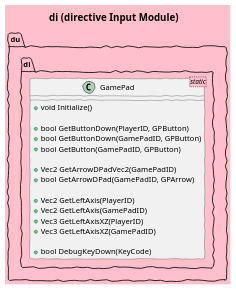
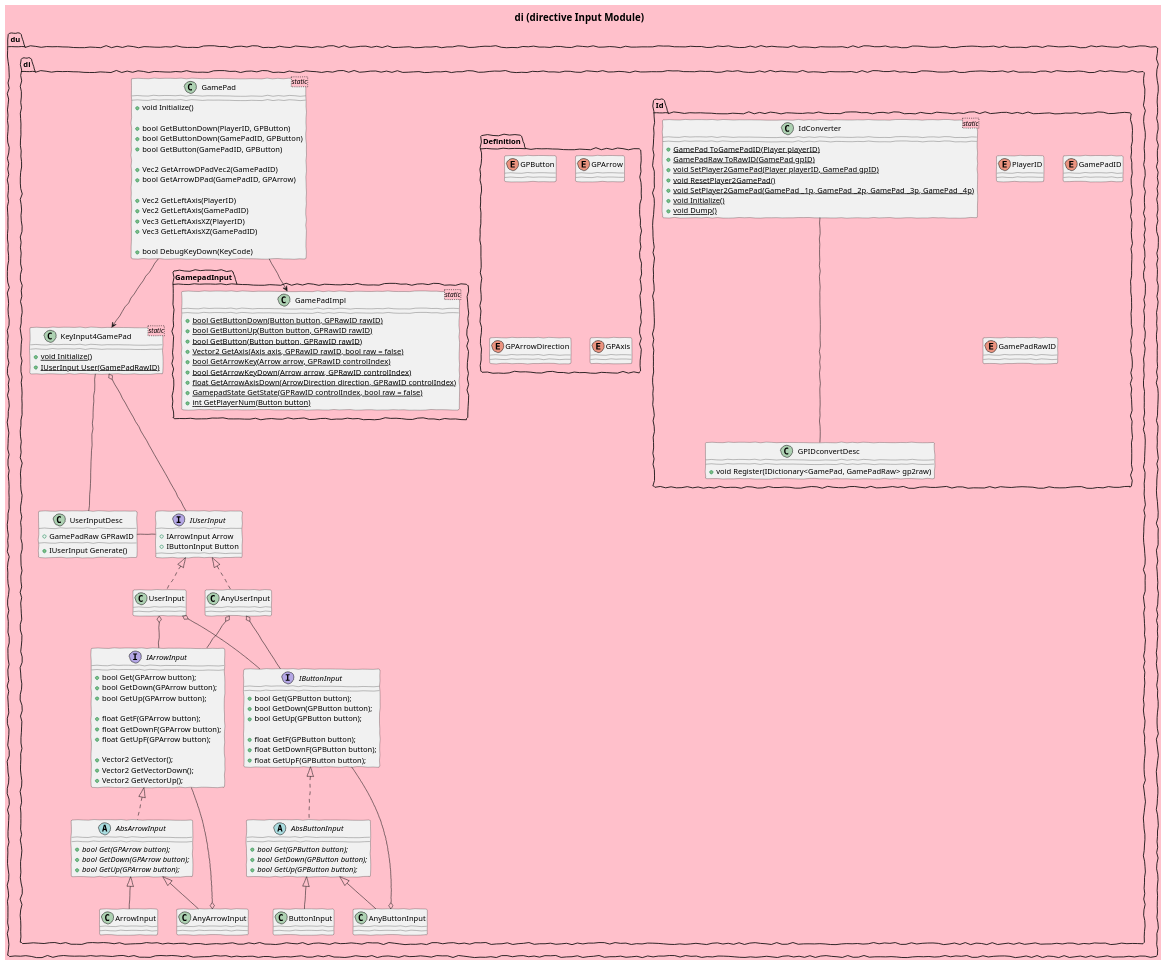
The diagram in memorundam/structure/uml-di.pu (direct1889/dUtility), drawn with PlantUML before and after one commit. The commit also changed 14 other files, not shown here.

First line of the commit message:
GamePadInput周りコメント付与、リファクタリング、一部名称変更

```diff
--- a/memorundam/structure/uml-di.pu
+++ b/memorundam/structure/uml-di.pu
@@ -1,31 +1,140 @@
 @startuml uml-di.png
 
 skinparam backgroundColor pink
 skinparam handwritten true
 
 title <size:18> di (directive Input Module) </size>
 
 package du {
 	package di {
+
+		package Id {
+			enum PlayerID
+			enum GamePadID
+			enum GamePadRawID
+
+			class IdConverter <static> {
+				+{static} GamePad ToGamePadID(Player playerID)
+				+{static} GamePadRaw ToRawID(GamePad gpID)
+				+{static} void SetPlayer2GamePad(Player playerID, GamePad gpID)
+				+{static} void ResetPlayer2GamePad()
+				+{static} void SetPlayer2GamePad(GamePad _1p, GamePad _2p, GamePad _3p, GamePad _4p)
+				+{static} void Initialize()
+				+{static} void Dump()
+			}
+			class GPIDconvertDesc {
+				+void Register(IDictionary<GamePad, GamePadRaw> gp2raw)
+			}
+			IdConverter --- GPIDconvertDesc
+		}
+
+		package Definition {
+			enum GPButton
+			enum GPArrow
+			enum GPArrowDirection
+			enum GPAxis
+		}
+
+		interface IUserInput {
+			+IArrowInput Arrow
+			+IButtonInput Button
+		}
+		IUserInput <|.. UserInput
+		IUserInput <|.. AnyUserInput
+		UserInput o-down- IArrowInput
+		UserInput o-down- IButtonInput
+		AnyUserInput o-down- IArrowInput
+		AnyUserInput o-down- IButtonInput
+
+		interface IButtonInput {
+			+bool Get(GPButton button);
+			+bool GetDown(GPButton button);
+			+bool GetUp(GPButton button);
+
+			+float GetF(GPButton button);
+			+float GetDownF(GPButton button);
+			+float GetUpF(GPButton button);
+		}
+		abstract AbsButtonInput {
+			{abstract}+bool Get(GPButton button);
+			{abstract}+bool GetDown(GPButton button);
+			{abstract}+bool GetUp(GPButton button);
+		}
+		IButtonInput <|.. AbsButtonInput
+		AbsButtonInput <|-- ButtonInput
+		AbsButtonInput <|-- AnyButtonInput
+		IButtonInput --o AnyButtonInput
+
+		interface IArrowInput {
+			+bool Get(GPArrow button);
+			+bool GetDown(GPArrow button);
+			+bool GetUp(GPArrow button);
+
+			+float GetF(GPArrow button);
+			+float GetDownF(GPArrow button);
+			+float GetUpF(GPArrow button);
+
+			+Vector2 GetVector();
+			+Vector2 GetVectorDown();
+			+Vector2 GetVectorUp();
+		}
+		abstract AbsArrowInput {
+			{abstract}+bool Get(GPArrow button);
+			{abstract}+bool GetDown(GPArrow button);
+			{abstract}+bool GetUp(GPArrow button);
+		}
+		IArrowInput <|.. AbsArrowInput
+		AbsArrowInput <|-- ArrowInput
+		AbsArrowInput <|-- AnyArrowInput
+		IArrowInput --o AnyArrowInput
+
+		package GamepadInput {
+			class GamePadImpl <static> {
+				+{static} bool GetButtonDown(Button button, GPRawID rawID)
+				+{static} bool GetButtonUp(Button button, GPRawID rawID)
+				+{static} bool GetButton(Button button, GPRawID rawID)
+				+{static} Vector2 GetAxis(Axis axis, GPRawID rawID, bool raw = false)
+				+{static} bool GetArrowKey(Arrow arrow, GPRawID controlIndex)
+				+{static} bool GetArrowKeyDown(Arrow arrow, GPRawID controlIndex)
+				+{static} float GetArrowAxisDown(ArrowDirection direction, GPRawID controlIndex)
+				+{static} GamepadState GetState(GPRawID controlIndex, bool raw = false)
+				+{static} int GetPlayerNum(Button button)
+			}
+		}
+
+		class KeyInput4GamePad <static> {
+			+{static} void Initialize()
+			+{static} IUserInput User(GamePadRawID)
+		}
+		class UserInputDesc {
+			+GamePadRaw GPRawID
+			+IUserInput Generate()
+		}
+		KeyInput4GamePad --down- UserInputDesc
+		KeyInput4GamePad o-down- IUserInput
+		UserInputDesc --right- IUserInput
+
 		class GamePad <static> {
 			+void Initialize()
 
 			+bool GetButtonDown(PlayerID, GPButton)
 			+bool GetButtonDown(GamePadID, GPButton)
 			+bool GetButton(GamePadID, GPButton)
 
 			+Vec2 GetArrowDPadVec2(GamePadID)
 			+bool GetArrowDPad(GamePadID, GPArrow)
 
 			+Vec2 GetLeftAxis(PlayerID)
 			+Vec2 GetLeftAxis(GamePadID)
 			+Vec3 GetLeftAxisXZ(PlayerID)
 			+Vec3 GetLeftAxisXZ(GamePadID)
 
 			+bool DebugKeyDown(KeyCode)
 		}
+		GamePad --> GamePadImpl
+		GamePad --> KeyInput4GamePad
 	}
 }
 
 
 @enduml
```
